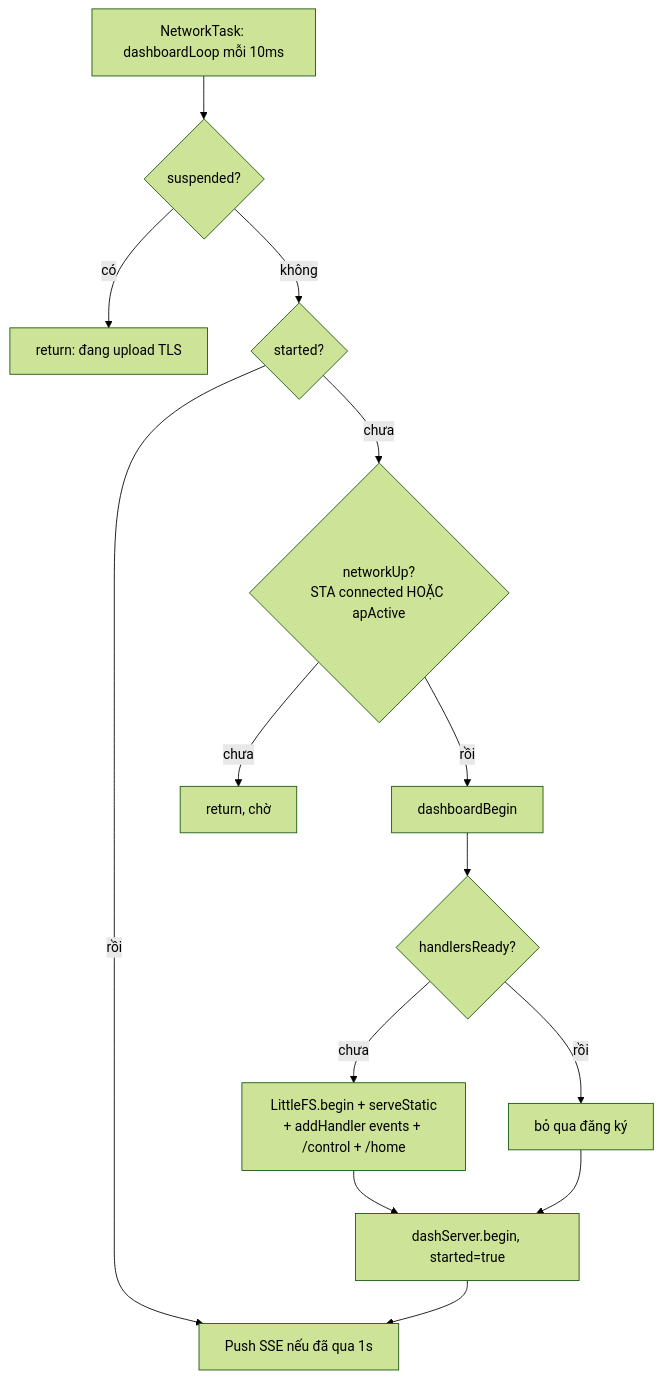
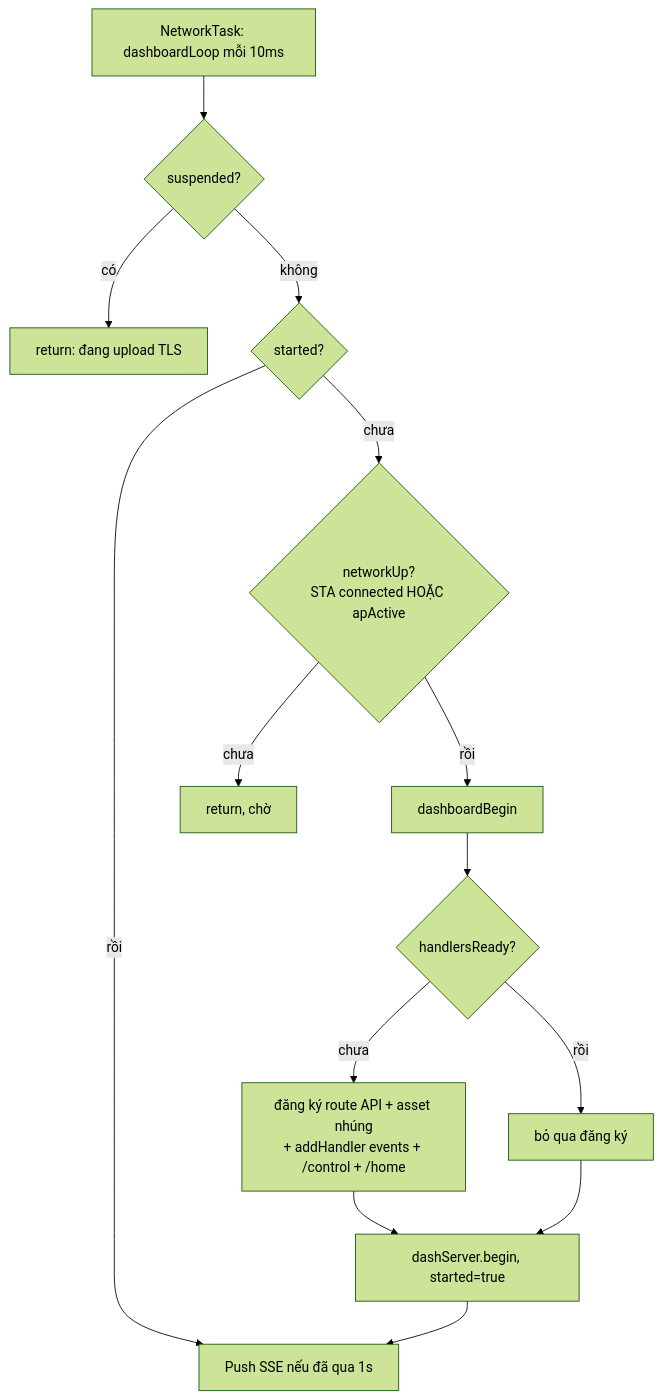
Before and after one commit to fortebio/ToolEngineer: the first of 8 diagrams in firmware/rapidplus/docs/architecture/05-web-dashboard.md, drawn with Mermaid (forest theme). The commit also changed other lines of this file and 59 other files, not shown here.

````diff
--- a/firmware/rapidplus/docs/architecture/05-web-dashboard.md
+++ b/firmware/rapidplus/docs/architecture/05-web-dashboard.md
@@ -24,16 +24,16 @@
 ```mermaid
 flowchart TD
   A[NetworkTask: dashboardLoop mỗi 10ms] --> B{suspended?}
   B -- có --> Z[return: đang upload TLS]
   B -- không --> C{started?}
   C -- rồi --> P[Push SSE nếu đã qua 1s]
   C -- chưa --> D{networkUp?<br/>STA connected HOẶC apActive}
   D -- chưa --> Z2[return, chờ]
   D -- rồi --> E[dashboardBegin]
   E --> F{handlersReady?}
-  F -- chưa --> G[LittleFS.begin + serveStatic<br/>+ addHandler events + /control + /home]
+  F -- chưa --> G[đăng ký route API + asset nhúng<br/>+ addHandler events + /control + /home]
   F -- rồi --> H[bỏ qua đăng ký]
   G --> I[dashServer.begin, started=true]
   H --> I
   I --> P
 ```
````
